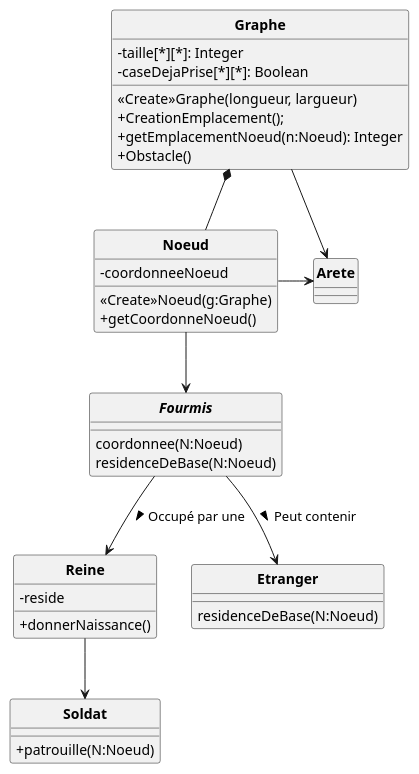
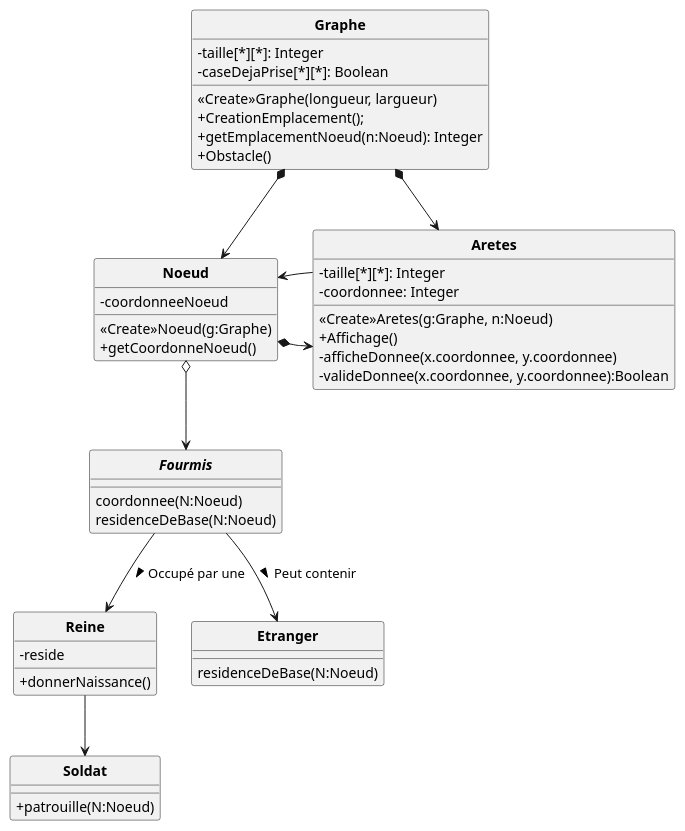
The diagram in plantUML/V1/Fourmis_DC_Conception.puml (jvondermarck/ant-colony), drawn with PlantUML before and after one commit. The commit also changed 8 other files, not shown here.

```diff
--- a/plantUML/V1/Fourmis_DC_Conception.puml
+++ b/plantUML/V1/Fourmis_DC_Conception.puml
@@ -1,55 +1,62 @@
 @startuml
 'https://plantuml.com/class-diagram
 
 skinparam style strictuml
 skinparam classAttributeIconSize 0
 skinparam classFontStyle Bold
 hide enum methods
 
 class Graphe {
     -taille[*][*]: Integer
     -caseDejaPrise[*][*]: Boolean
 
     <<Create>>Graphe(longueur, largueur)
     +CreationEmplacement();
     +getEmplacementNoeud(n:Noeud): Integer
     +Obstacle()
 }
 
 class Noeud{
     -coordonneeNoeud
 
     <<Create>>Noeud(g:Graphe)
     +getCoordonneNoeud()
 }
 
-class Arete {
+class Aretes {
+    -taille[*][*]: Integer
+    -coordonnee: Integer
 
+    <<Create>>Aretes(g:Graphe, n:Noeud)
+    +Affichage()
+    -afficheDonnee(x.coordonnee, y.coordonnee)
+    -valideDonnee(x.coordonnee, y.coordonnee):Boolean
 }
 
 abstract class Fourmis {
     coordonnee(N:Noeud)
     residenceDeBase(N:Noeud)
 }
 class Reine {
     -reside
     +donnerNaissance()
 }
 class Soldat {
     +patrouille(N:Noeud)
 }
 
 class Etranger {
     residenceDeBase(N:Noeud)
 }
 
 
-Graphe *-- Noeud
-Noeud -> Arete
-Graphe -> Arete
-Noeud --> Fourmis
+Graphe *--> Noeud
+Noeud *-> Aretes
+Aretes -> Noeud
+Graphe *-> Aretes
+Noeud o--> Fourmis
 Fourmis --> Reine : Occupé par une >
 Fourmis --> Etranger : Peut contenir >
 Reine --> Soldat
 
 @enduml
```
